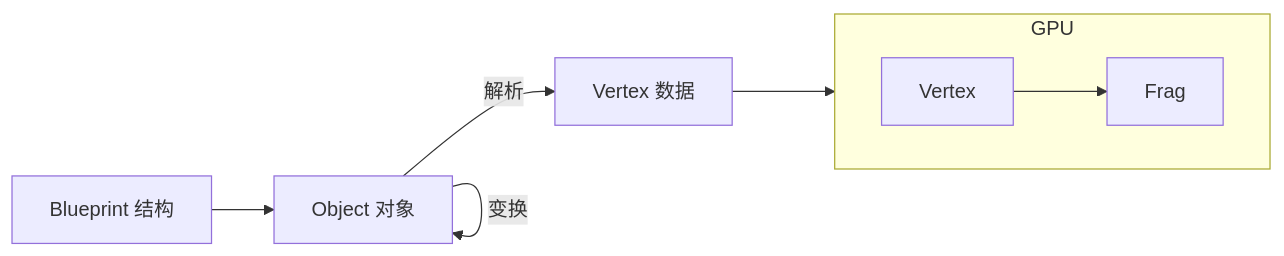
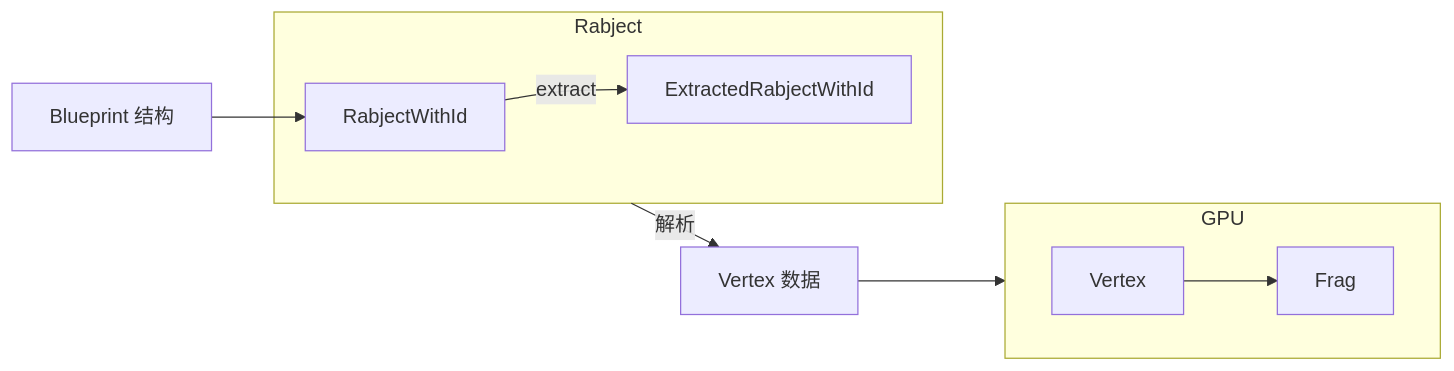
One commit to AzurIce/Notes changed the second of 4 diagrams in Projects/[2024-11-12] Ranim/README.md. Above: the diagram before and after it, drawn with Mermaid. The commit also changed other lines of this file, not shown here.

````diff
--- a/Projects/[2024-11-12] Ranim/README.md
+++ b/Projects/[2024-11-12] Ranim/README.md
@@ -33,9 +75,15 @@
 ```mermaid
 flowchart LR
-Blueprint[Blueprint 结构] --> a[Object 对象] --解析--> b[Vertex 数据] --> GPU
-a --变换--> a
+Blueprint[Blueprint 结构] --> RabjectWithId
+
+Rabject --解析--> b[Vertex 数据] --> GPU
+
+subgraph Rabject
+	RabjectWithId --extract--> ExtractedRabjectWithId
+end
+
 subgraph GPU
 	direction LR
 	Vertex -->  Frag
 end
 ```
````
